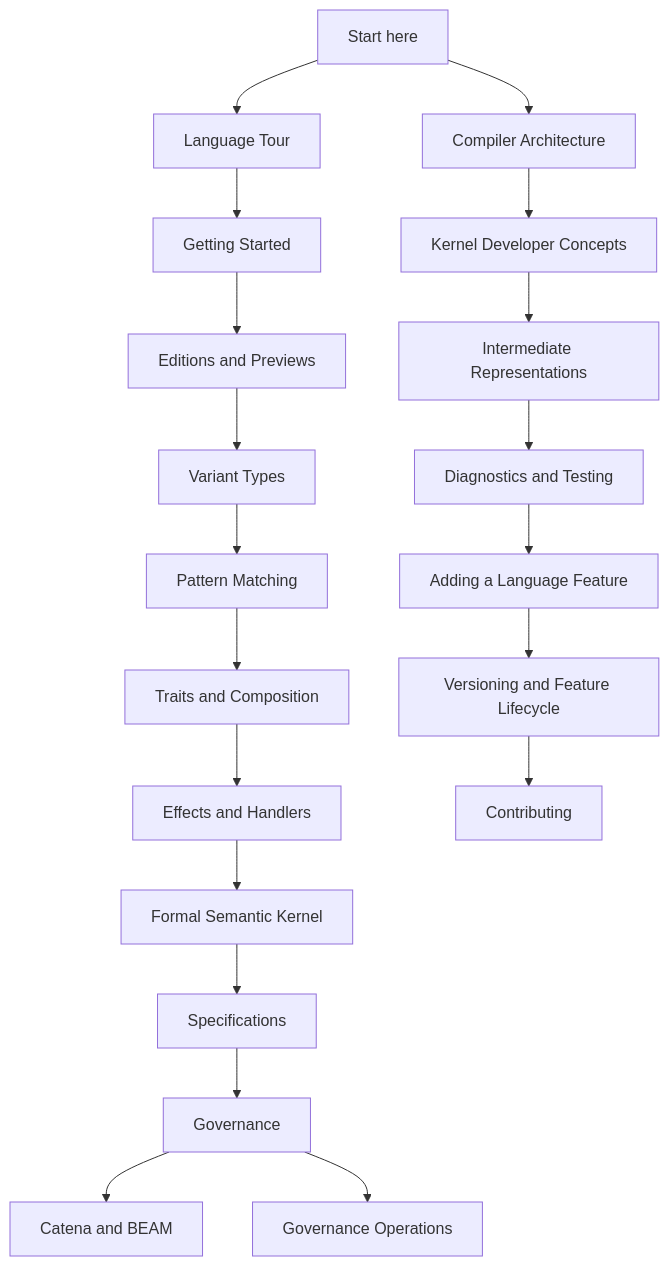
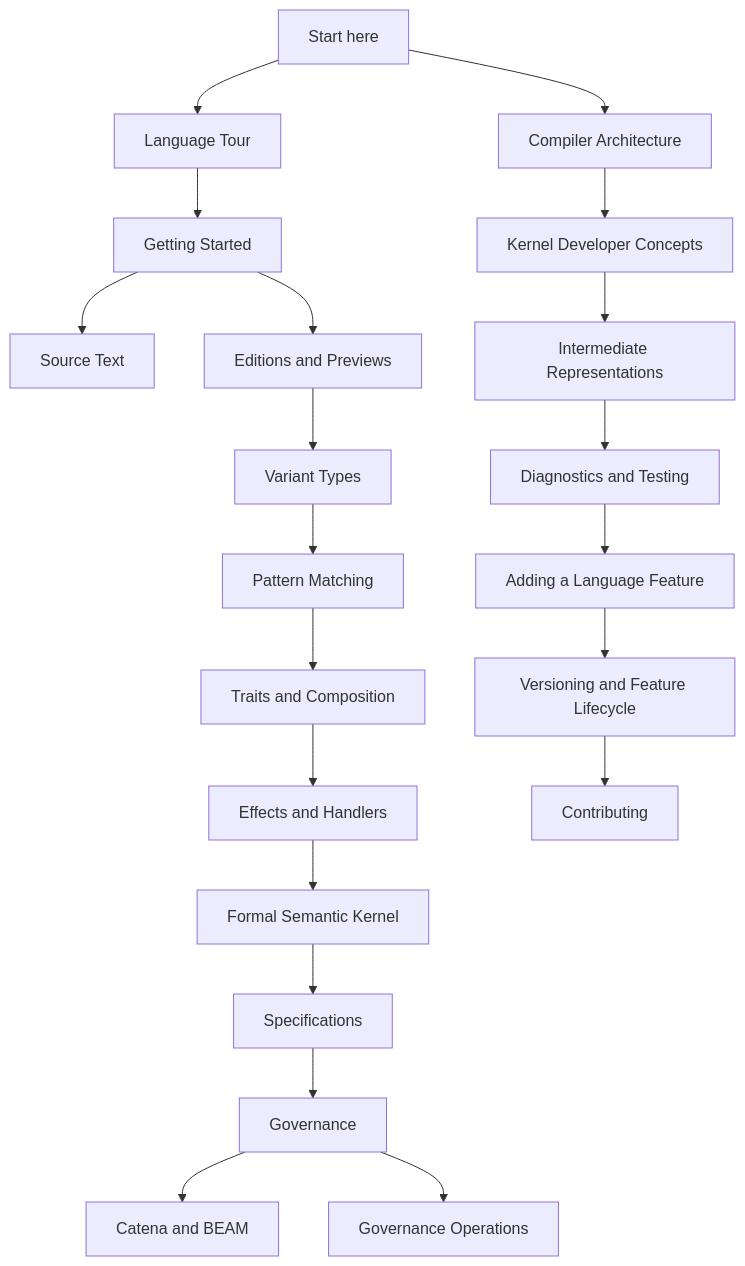
Before and after one commit to pcharbon70/catena: the diagram in guides/README.md, drawn with Mermaid. The commit also changed other lines of this file and 31 other files, not shown here.

Commit message:
Implement C013 source-text envelope

````diff
--- a/guides/README.md
+++ b/guides/README.md
@@ -22,24 +23,25 @@
 ```mermaid
 flowchart TD
     Start[Start here] --> Tour[Language Tour]
     Tour --> First[Getting Started]
+    First --> Text[Source Text]
     First --> Editions[Editions and Previews]
     Editions --> Data[Variant Types]
     Data --> Match[Pattern Matching]
     Match --> Traits[Traits and Composition]
     Traits --> Effects[Effects and Handlers]
     Effects --> Kernel[Formal Semantic Kernel]
     Kernel --> Specs[Specifications]
     Specs --> Gov[Governance]
     Gov --> Beam[Catena and BEAM]
 
     Gov --> Ops[Governance Operations]
 
     Start --> Dev[Compiler Architecture]
     Dev --> Concepts[Kernel Developer Concepts]
     Concepts --> IR[Intermediate Representations]
     IR --> Tests[Diagnostics and Testing]
     Tests --> Feature[Adding a Language Feature]
     Feature --> Lifecycle[Versioning and Feature Lifecycle]
     Lifecycle --> Contrib[Contributing]
 ```
````
